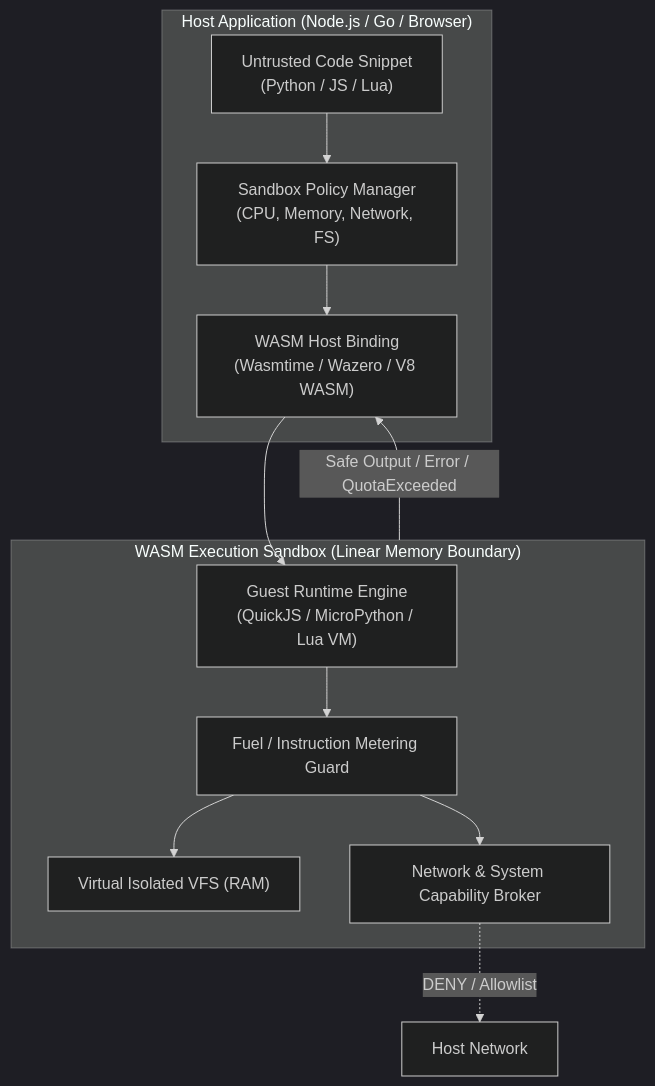
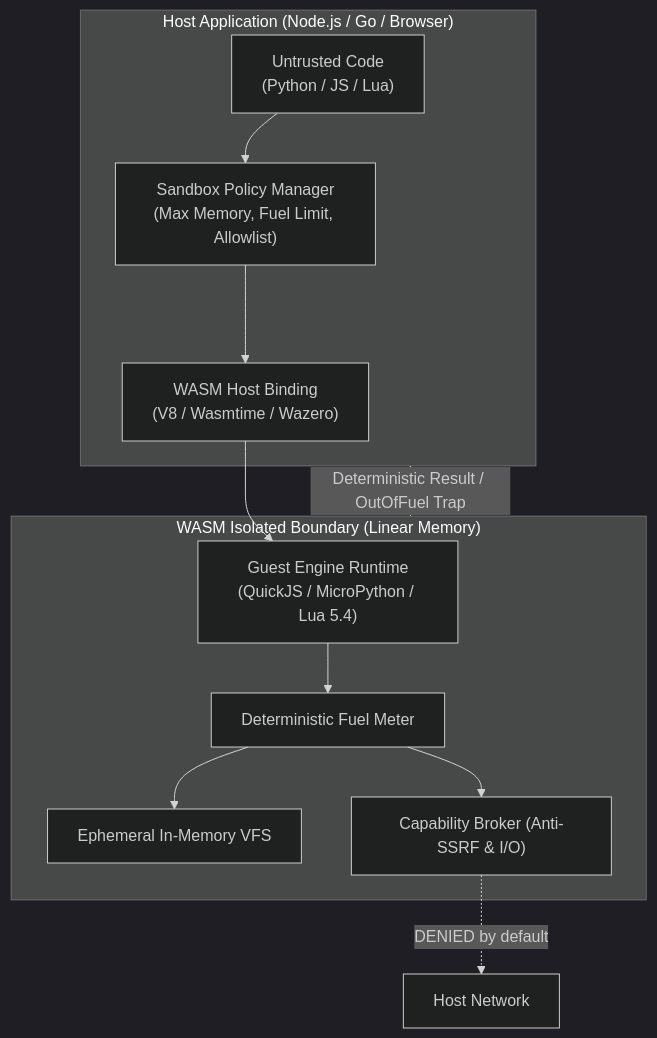
The diagram in README.md (MRJonam91/WASM-Sandbox), drawn with Mermaid (dark theme) before and after one commit. The commit also changed other lines of this file and 20 other files, not shown here.

````diff
--- a/README.md
+++ b/README.md
@@ -32,17 +41,17 @@
 ```mermaid
 flowchart TD
     subgraph Host["Host Application (Node.js / Go / Browser)"]
-        ClientCode["Untrusted Code Snippet\n(Python / JS / Lua)"] --> PolicyManager["Sandbox Policy Manager\n(CPU, Memory, Network, FS)"]
-        PolicyManager --> WASMHost["WASM Host Binding\n(Wasmtime / Wazero / V8 WASM)"]
+        UntrustedSnippet["Untrusted Code\n(Python / JS / Lua)"] --> PolicyManager["Sandbox Policy Manager\n(Max Memory, Fuel Limit, Allowlist)"]
+        PolicyManager --> WASMHost["WASM Host Binding\n(V8 / Wasmtime / Wazero)"]
     end
 
-    subgraph Sandbox["WASM Execution Sandbox (Linear Memory Boundary)"]
-        WASMHost --> EngineLoader["Guest Runtime Engine\n(QuickJS / MicroPython / Lua VM)"]
-        EngineLoader --> FuelGuard["Fuel / Instruction Metering Guard"]
-        FuelGuard --> VFS["Virtual Isolated VFS (RAM)"]
-        FuelGuard --> CapabilityBroker["Network & System Capability Broker"]
+    subgraph MicroSandbox["WASM Isolated Boundary (Linear Memory)"]
+        WASMHost --> EngineShim["Guest Engine Runtime\n(QuickJS / MicroPython / Lua 5.4)"]
+        EngineShim --> FuelMeter["Deterministic Fuel Meter"]
+        FuelMeter --> InMemVFS["Ephemeral In-Memory VFS"]
+        FuelMeter --> CapabilityBroker["Capability Broker (Anti-SSRF & I/O)"]
     end
 
-    CapabilityBroker -.->|"DENY / Allowlist"| HostNetwork["Host Network"]
-    Sandbox -->|"Safe Output / Error / QuotaExceeded"| WASMHost
+    CapabilityBroker -.->|"DENIED by default"| HostNetwork["Host Network"]
+    MicroSandbox -->|"Deterministic Result / OutOfFuel Trap"| Host
 ```
````
